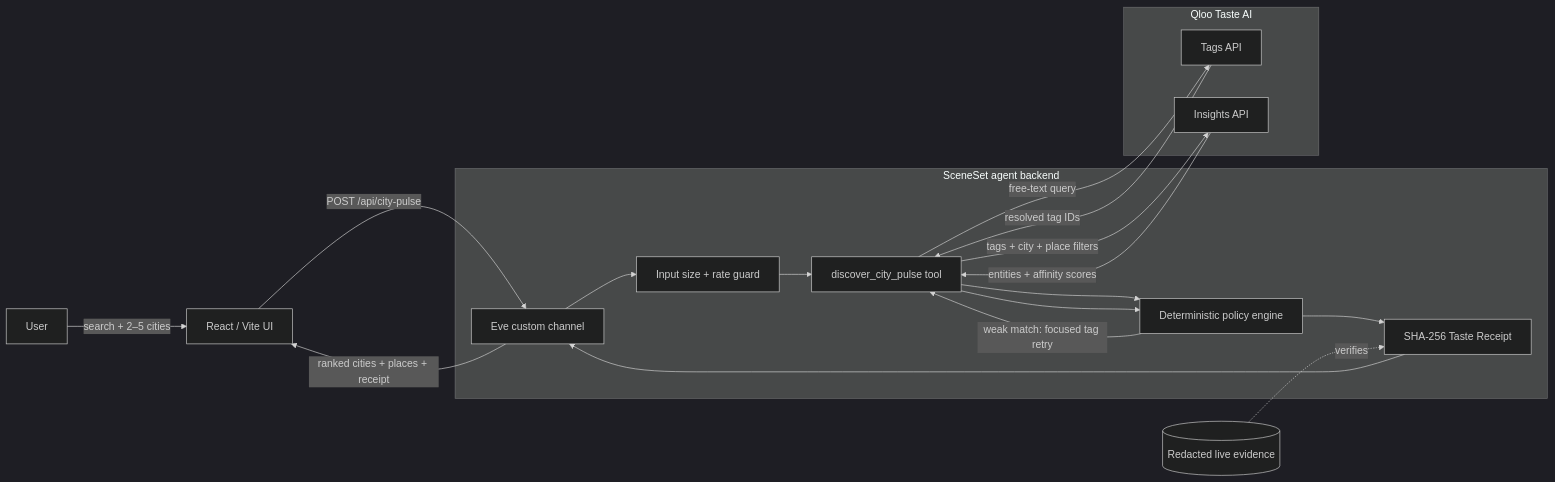
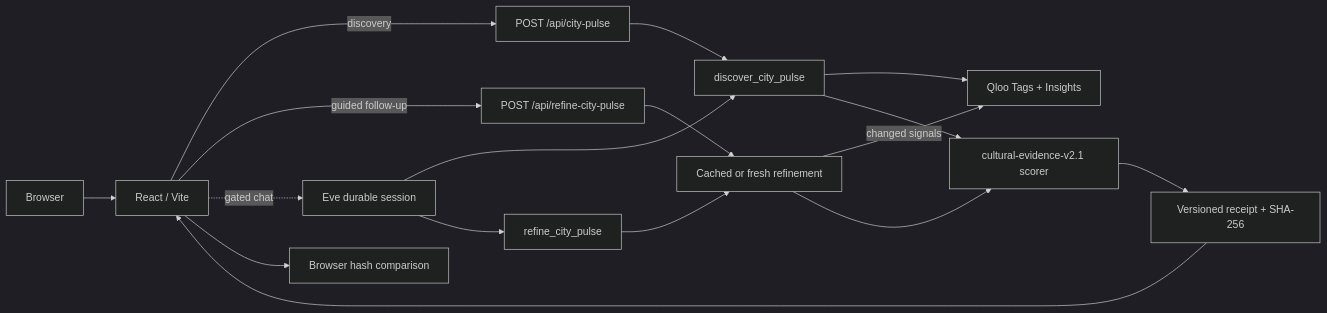
One commit to 0xNexuz/sceneset-qloo changed the diagram in README.md. Above: the diagram before and after it, drawn with Mermaid (dark theme). The commit also changed other lines of this file and 31 other files, not shown here.

Commit message:
Add bounded SceneSet refinements and verifiable receipts

````diff
--- a/README.md
+++ b/README.md
@@ -34,28 +38,19 @@
 ```mermaid
 flowchart LR
-    U[User] -->|search + 2–5 cities| UI[React / Vite UI]
-    UI -->|POST /api/city-pulse| CH[Eve custom channel]
-
-    subgraph Backend[SceneSet agent backend]
-        CH --> G[Input size + rate guard]
-        G --> T[discover_city_pulse tool]
-        T --> P[Deterministic policy engine]
-        P --> R[SHA-256 Taste Receipt]
-    end
-
-    subgraph Qloo[Qloo Taste AI]
-        QT[Tags API]
-        QI[Insights API]
-    end
-
-    T -->|free-text query| QT
-    QT -->|resolved tag IDs| T
-    T -->|tags + city + place filters| QI
-    QI -->|entities + affinity scores| T
-    P -->|weak match: focused tag retry| T
-    T --> P
-    R --> CH
-    CH -->|ranked cities + places + receipt| UI
-
-    E[(Redacted live evidence)] -. verifies .-> R
+    U[Browser] --> UI[React / Vite]
+    UI -->|discovery| API[POST /api/city-pulse]
+    UI -->|guided follow-up| REF[POST /api/refine-city-pulse]
+    UI -. gated chat .-> EVE[Eve durable session]
+    EVE --> D[discover_city_pulse]
+    EVE --> RT[refine_city_pulse]
+    API --> D
+    REF --> RE[Cached or fresh refinement]
+    RT --> RE
+    D --> Q[Qloo Tags + Insights]
+    RE -->|changed signals| Q
+    D --> S[cultural-evidence-v2.1 scorer]
+    RE --> S
+    S --> R[Versioned receipt + SHA-256]
+    R --> UI
+    UI --> V[Browser hash comparison]
 ```
````
